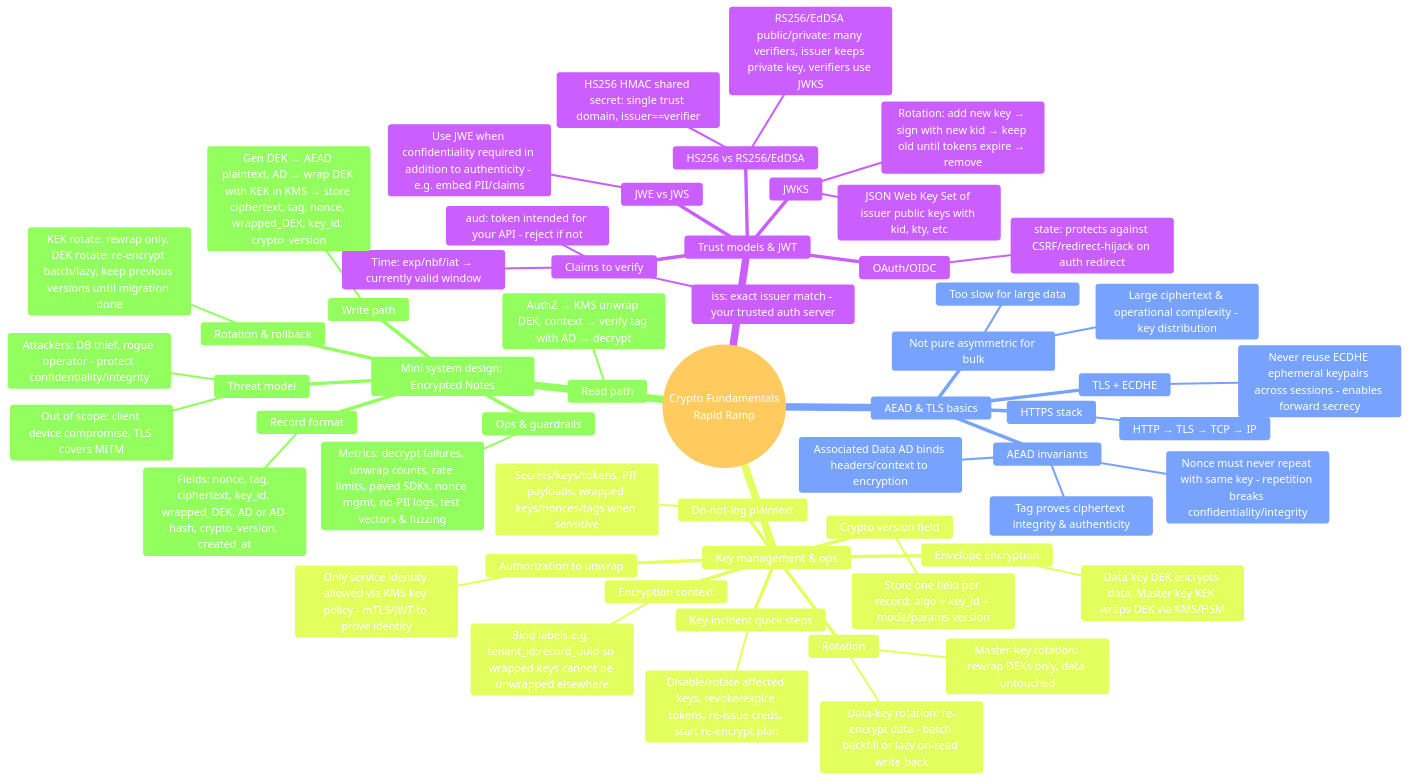
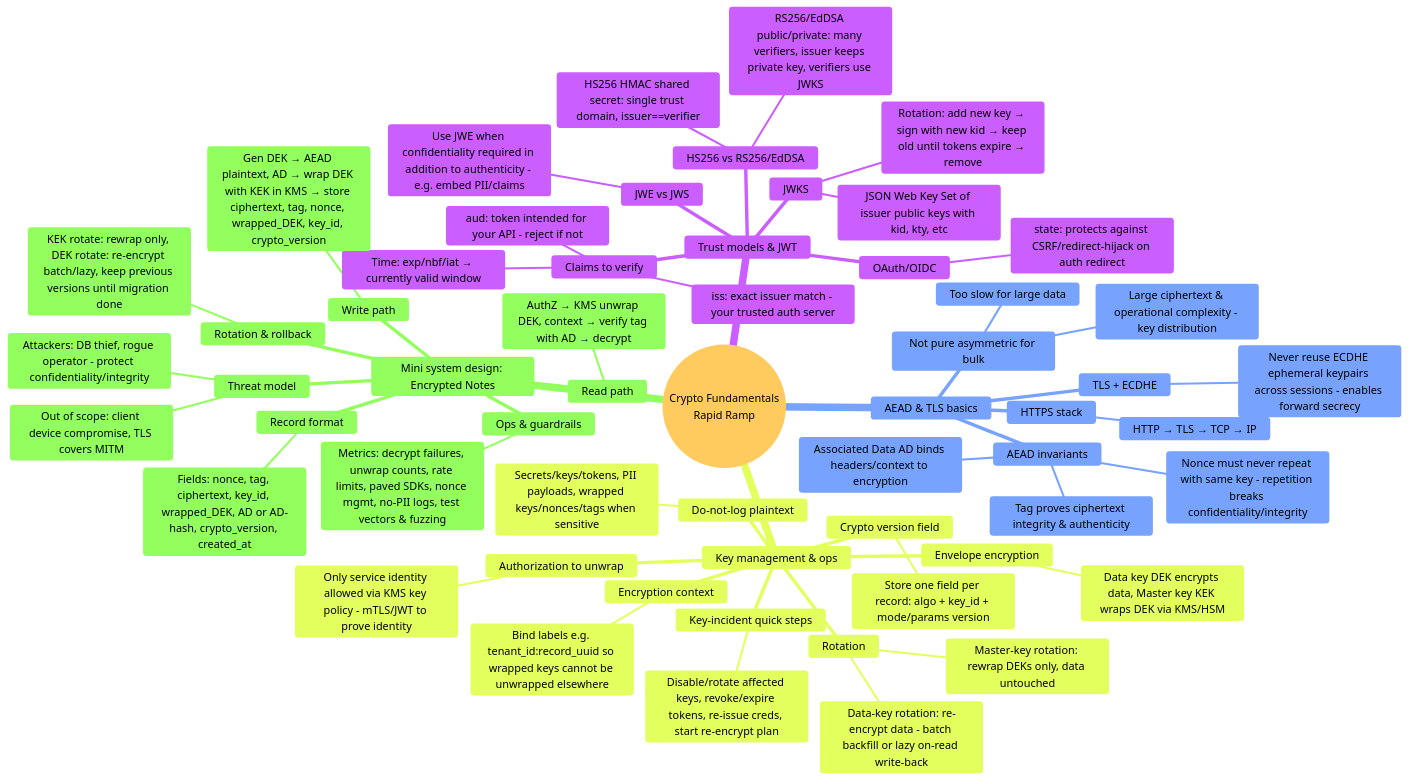
One commit to irahulsawhney/crypto-concepts changed the diagram in diagrams/00-rapid-ramp-mindmap.mmd. Above: the diagram before and after it, drawn with Mermaid.

Commit message:
Change primary level text to black for better contrast on yellow/orange backgrounds

```diff
--- a/diagrams/00-rapid-ramp-mindmap.mmd
+++ b/diagrams/00-rapid-ramp-mindmap.mmd
@@ -1,61 +1,61 @@
 %% Crypto Fundamentals — Rapid Ramp Mindmap
-%%{init: {'theme':'base', 'themeVariables': { 'primaryTextColor':'#ffffff', 'secondaryTextColor':'#ffffff', 'tertiaryTextColor':'#ffffff', 'textColor':'#ffffff', 'nodeTextColor':'#ffffff'}}}%%
+%%{init: {'theme':'base', 'themeVariables': { 'primaryTextColor':'#000000', 'secondaryTextColor':'#ffffff', 'tertiaryTextColor':'#ffffff', 'textColor':'#ffffff', 'nodeTextColor':'#ffffff'}}}%%
 mindmap
   root((Crypto Fundamentals<br/>Rapid Ramp))
     Trust models & JWT
       JWKS
         JSON Web Key Set of issuer public keys with kid, kty, etc
         Rotation: add new key → sign with new kid → keep old until tokens expire → remove
       Claims to verify
         aud: token intended for your API - reject if not
         iss: exact issuer match - your trusted auth server
         Time: exp/nbf/iat → currently valid window
       HS256 vs RS256/EdDSA
         HS256 HMAC shared secret: single trust domain, issuer==verifier
         RS256/EdDSA public/private: many verifiers, issuer keeps private key, verifiers use JWKS
       OAuth/OIDC
         state: protects against CSRF/redirect-hijack on auth redirect
       JWE vs JWS
         Use JWE when confidentiality required in addition to authenticity - e.g. embed PII/claims
     AEAD & TLS basics
       AEAD invariants
         Nonce must never repeat with same key - repetition breaks confidentiality/integrity
         Tag proves ciphertext integrity & authenticity
         Associated Data AD binds headers/context to encryption
       TLS + ECDHE
         Never reuse ECDHE ephemeral keypairs across sessions - enables forward secrecy
       HTTPS stack
         HTTP → TLS → TCP → IP
       Not pure asymmetric for bulk
         Too slow for large data
         Large ciphertext & operational complexity - key distribution
     Key management & ops
       Envelope encryption
         Data key DEK encrypts data, Master key KEK wraps DEK via KMS/HSM
       Crypto version field
         Store one field per record: algo + key_id + mode/params version
       Rotation
         Master-key rotation: rewrap DEKs only, data untouched
         Data-key rotation: re-encrypt data - batch backfill or lazy on-read write-back
       Authorization to unwrap
         Only service identity allowed via KMS key policy - mTLS/JWT to prove identity
       Encryption context
         Bind labels e.g. tenant_id:record_uuid so wrapped keys cannot be unwrapped elsewhere
       Do-not-log plaintext
         Secrets/keys/tokens, PII payloads, wrapped keys/nonces/tags when sensitive
       Key-incident quick steps
         Disable/rotate affected keys, revoke/expire tokens, re-issue creds, start re-encrypt plan
     Mini system design: Encrypted Notes
       Threat model
         Attackers: DB thief, rogue operator - protect confidentiality/integrity
         Out of scope: client device compromise, TLS covers MITM
       Record format
         Fields: nonce, tag, ciphertext, key_id, wrapped_DEK, AD or AD-hash, crypto_version, created_at
       Write path
         Gen DEK → AEAD plaintext, AD → wrap DEK with KEK in KMS → store ciphertext, tag, nonce, wrapped_DEK, key_id, crypto_version
       Read path
         AuthZ → KMS unwrap DEK, context → verify tag with AD → decrypt
       Rotation & rollback
         KEK rotate: rewrap only, DEK rotate: re-encrypt batch/lazy, keep previous versions until migration done
       Ops & guardrails
         Metrics: decrypt failures, unwrap counts, rate limits, paved SDKs, nonce mgmt, no-PII logs, test vectors & fuzzing
```
